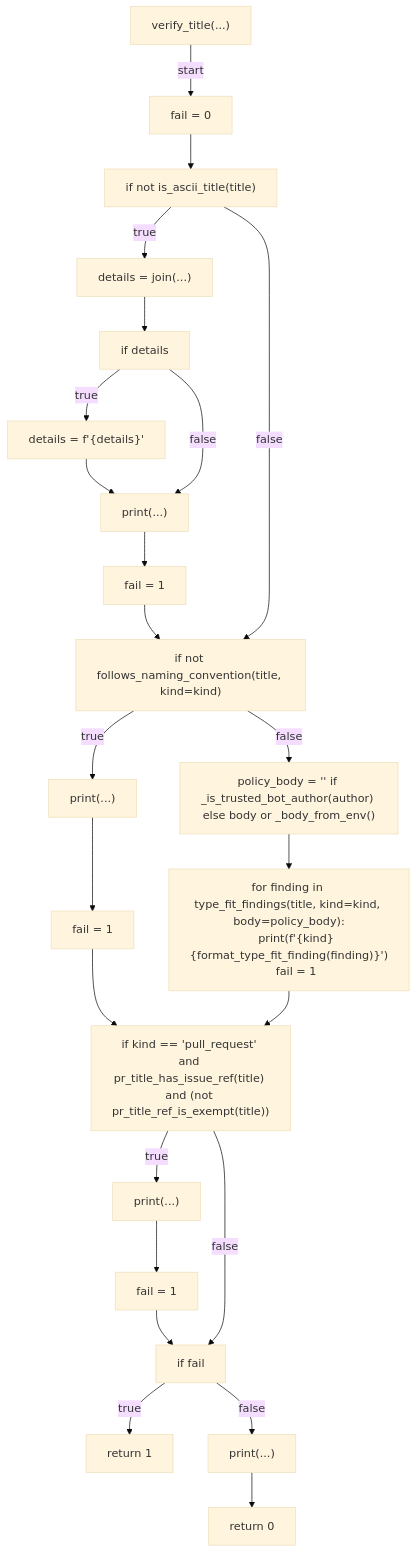
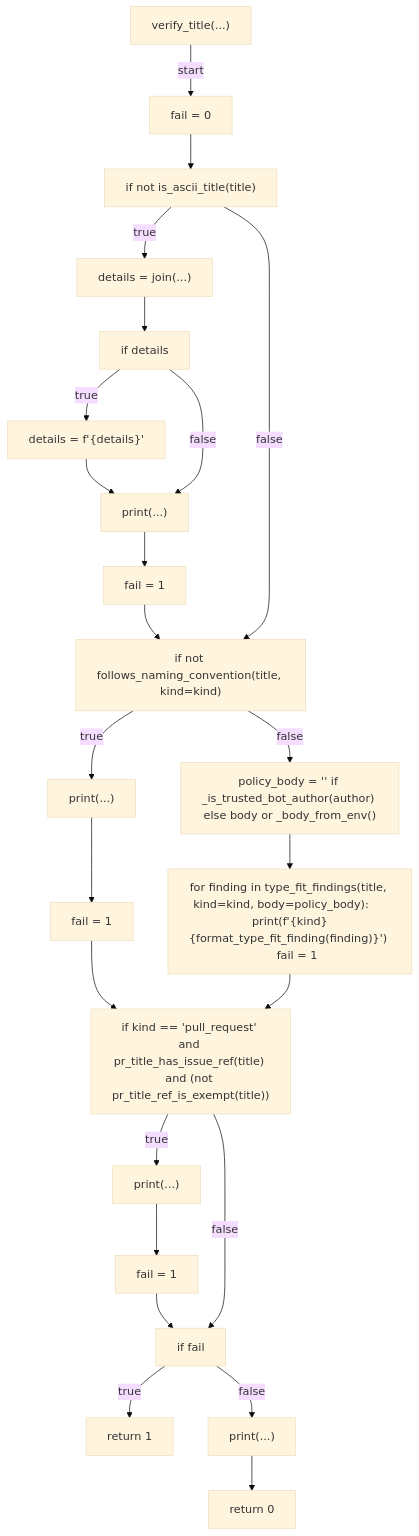
Before and after one commit to tvna/claude-md: diagram 14 of 25 in docs/generated/scripts/ast/title_policy.md, drawn with Mermaid (base theme). The commit also changed other lines of this file and 15 other files, not shown here.

First line of the commit message:
docs(generated): regenerate decision tree and workflow diagrams (batch 5/5)

````diff
--- a/docs/generated/scripts/ast/title_policy.md
+++ b/docs/generated/scripts/ast/title_policy.md
@@ -197,48 +191,46 @@
 ```mermaid
 flowchart TD
     N001["verify_title(...)"]
     N002["fail = 0"]
     N003["if not is_ascii_title(title)"]
     N004["details = join(...)"]
     N005["if details"]
     N006["details = f'<str>{details}<str>'"]
     N007["print(...)"]
     N008["fail = 1"]
     N009["if not follows_naming_convention(title, kind=kind)"]
     N010["print(...)"]
     N011["fail = 1"]
     N012["policy_body = '<str>' if _is_trusted_bot_author(author) else body or _body_from_env()"]
-    N013["for finding in type_fit_findings(title, kind=kind, body=policy_body):
-    print(f'<str>{kind}<str>{format_type_fit_finding(finding)}')
-    fail = 1"]
+    N013["for finding in type_fit_findings(title, kind=kind, body=policy_body):     print(f'<str>{kind}<str>{format_type_fit_finding(finding)}')     fail = 1"]
     N014["if kind == 'pull_request' and pr_title_has_issue_ref(title) and (not pr_title_ref_is_exempt(title))"]
     N015["print(...)"]
     N016["fail = 1"]
     N017["if fail"]
     N018["return 1"]
     N019["print(...)"]
     N020["return 0"]
     N001 -->|"start"| N002
     N002 --> N003
     N003 -->|"true"| N004
     N004 --> N005
     N005 -->|"true"| N006
     N006 --> N007
     N005 -->|"false"| N007
     N007 --> N008
     N008 --> N009
     N003 -->|"false"| N009
     N009 -->|"true"| N010
     N010 --> N011
     N009 -->|"false"| N012
     N012 --> N013
     N011 --> N014
     N013 --> N014
     N014 -->|"true"| N015
     N015 --> N016
     N016 --> N017
     N014 -->|"false"| N017
     N017 -->|"true"| N018
     N017 -->|"false"| N019
     N019 --> N020
 ```
````
